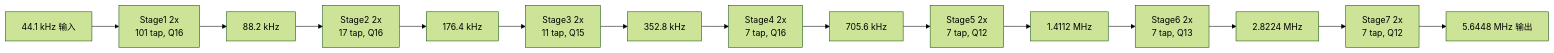
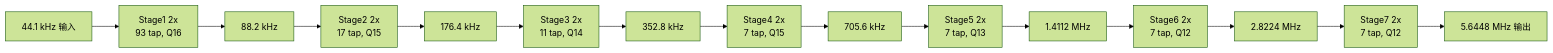
Before and after one commit to adudududua/fir-interpolation-filter-fpga: the fourth of 5 diagrams in matlab_fir/interp128_scheme_analysis_report.md, drawn with Mermaid (forest theme). The commit also changed other lines of this file and 66 other files, not shown here.

````diff
--- a/matlab_fir/interp128_scheme_analysis_report.md
+++ b/matlab_fir/interp128_scheme_analysis_report.md
@@ -314,17 +314,17 @@
 ```mermaid
 flowchart LR
-    A["44.1 kHz 输入"] --> S1["Stage1 2x<br/>101 tap, Q16"]
+    A["44.1 kHz 输入"] --> S1["Stage1 2x<br/>93 tap, Q16"]
     S1 --> B["88.2 kHz"]
-    B --> S2["Stage2 2x<br/>17 tap, Q16"]
+    B --> S2["Stage2 2x<br/>17 tap, Q15"]
     S2 --> C["176.4 kHz"]
-    C --> S3["Stage3 2x<br/>11 tap, Q15"]
+    C --> S3["Stage3 2x<br/>11 tap, Q14"]
     S3 --> D["352.8 kHz"]
-    D --> S4["Stage4 2x<br/>7 tap, Q16"]
+    D --> S4["Stage4 2x<br/>7 tap, Q15"]
     S4 --> E["705.6 kHz"]
-    E --> S5["Stage5 2x<br/>7 tap, Q12"]
+    E --> S5["Stage5 2x<br/>7 tap, Q13"]
     S5 --> F["1.4112 MHz"]
-    F --> S6["Stage6 2x<br/>7 tap, Q13"]
+    F --> S6["Stage6 2x<br/>7 tap, Q12"]
     S6 --> G["2.8224 MHz"]
     G --> S7["Stage7 2x<br/>7 tap, Q12"]
     S7 --> H["5.6448 MHz 输出"]
 ```
````
